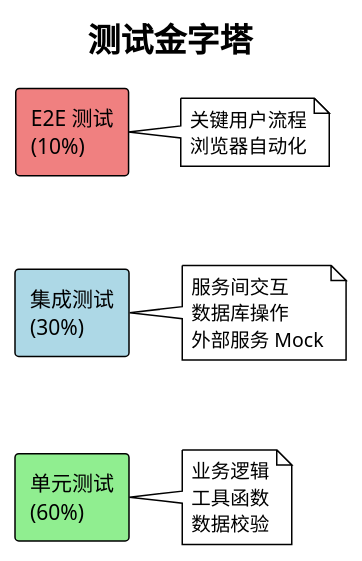
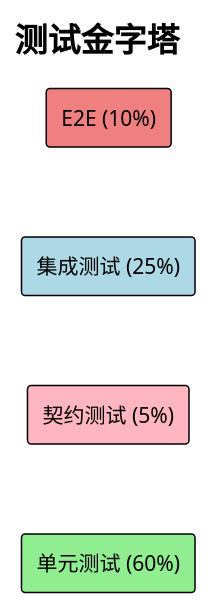
Before and after one commit to SkarnerV/web-agent: the eighth of 8 diagrams in .Ds-Spec/specs/agent-platform/design.md, drawn with PlantUML. The commit also changed other lines of this file and 61 other files, not shown here.

````diff
--- a/.Ds-Spec/specs/agent-platform/design.md
+++ b/.Ds-Spec/specs/agent-platform/design.md
@@ -1079,32 +1964,17 @@
 ```plantuml
 @startuml Test_Pyramid
 !theme plain
 
 title 测试金字塔
 
-rectangle "E2E 测试\n(10%)" as E2E #LightCoral
-rectangle "集成测试\n(30%)" as INT #LightBlue
-rectangle "单元测试\n(60%)" as UNIT #LightGreen
+rectangle "E2E (10%)" as E2E #LightCoral
+rectangle "集成测试 (25%)" as INT #LightBlue
+rectangle "契约测试 (5%)" as CT #LightPink
+rectangle "单元测试 (60%)" as UNIT #LightGreen
 
 E2E -[hidden]-> INT
-INT -[hidden]-> UNIT
-
-note right of E2E
-  关键用户流程
-  浏览器自动化
-end note
-
-note right of INT
-  服务间交互
-  数据库操作
-  外部服务 Mock
-end note
-
-note right of UNIT
-  业务逻辑
-  工具函数
-  数据校验
-end note
+INT -[hidden]-> CT
+CT -[hidden]-> UNIT
 
 @enduml
 ```
````
